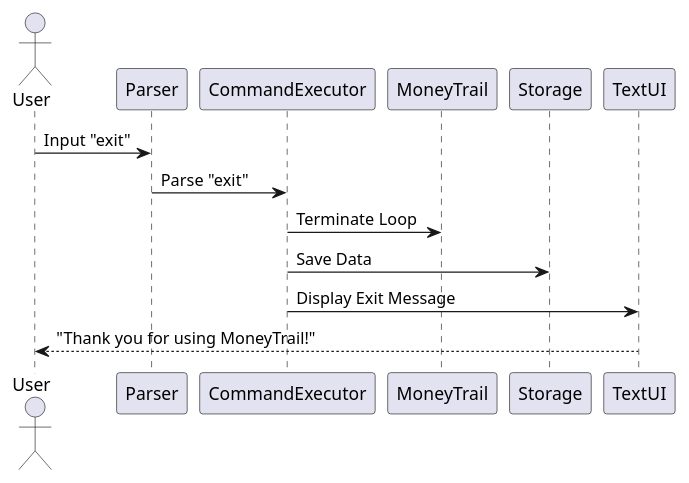
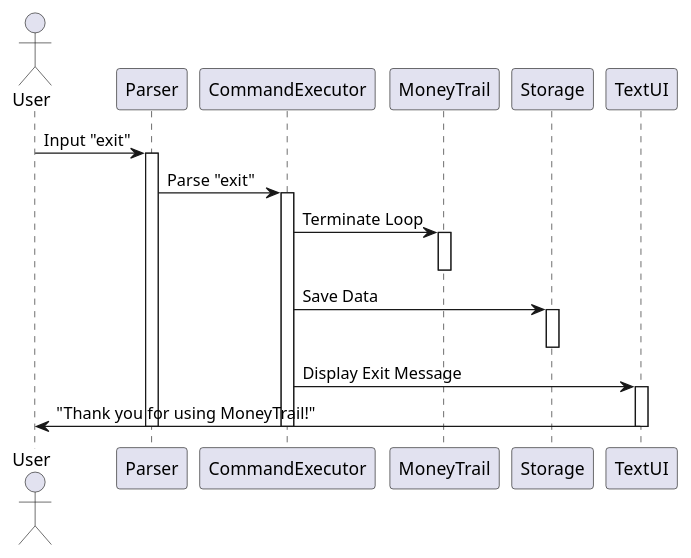
One commit to EdwinTun98/tp changed the diagram in docs/diagrams/Exit_Seq.puml. Above: the diagram before and after it, drawn with PlantUML. The commit also changed 3 other files, not shown here.

Commit message:
Added activation bars to `help` and `exit` sequence diagrams

```diff
--- a/docs/diagrams/Exit_Seq.puml
+++ b/docs/diagrams/Exit_Seq.puml
@@ -1,9 +1,24 @@
 @startuml
 actor User
 User -> Parser : Input "exit"
+activate Parser
+
 Parser -> CommandExecutor : Parse "exit"
+activate CommandExecutor
+
 CommandExecutor -> MoneyTrail : Terminate Loop
+activate MoneyTrail
+deactivate MoneyTrail
+
 CommandExecutor -> Storage : Save Data
+activate Storage
+deactivate Storage
+
 CommandExecutor -> TextUI : Display Exit Message
-User <-- TextUI : "Thank you for using MoneyTrail!"
+activate TextUI
+TextUI -> User : "Thank you for using MoneyTrail!"
+deactivate TextUI
+
+deactivate CommandExecutor
+deactivate Parser
 @enduml
```
